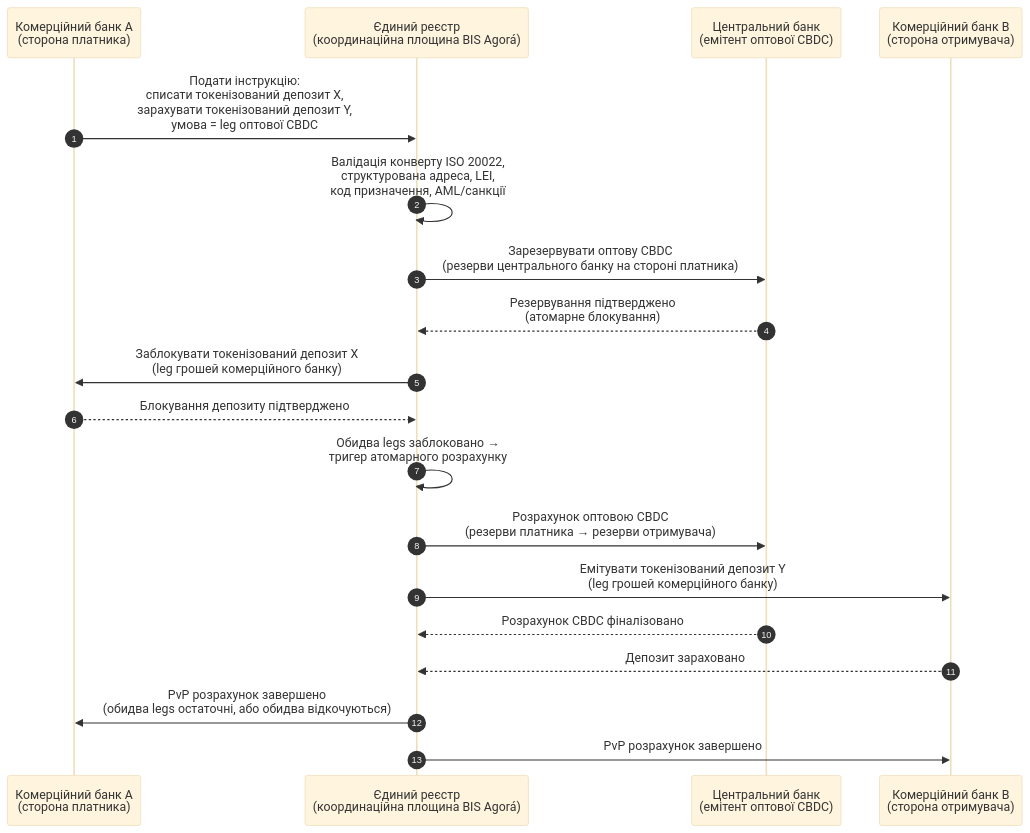
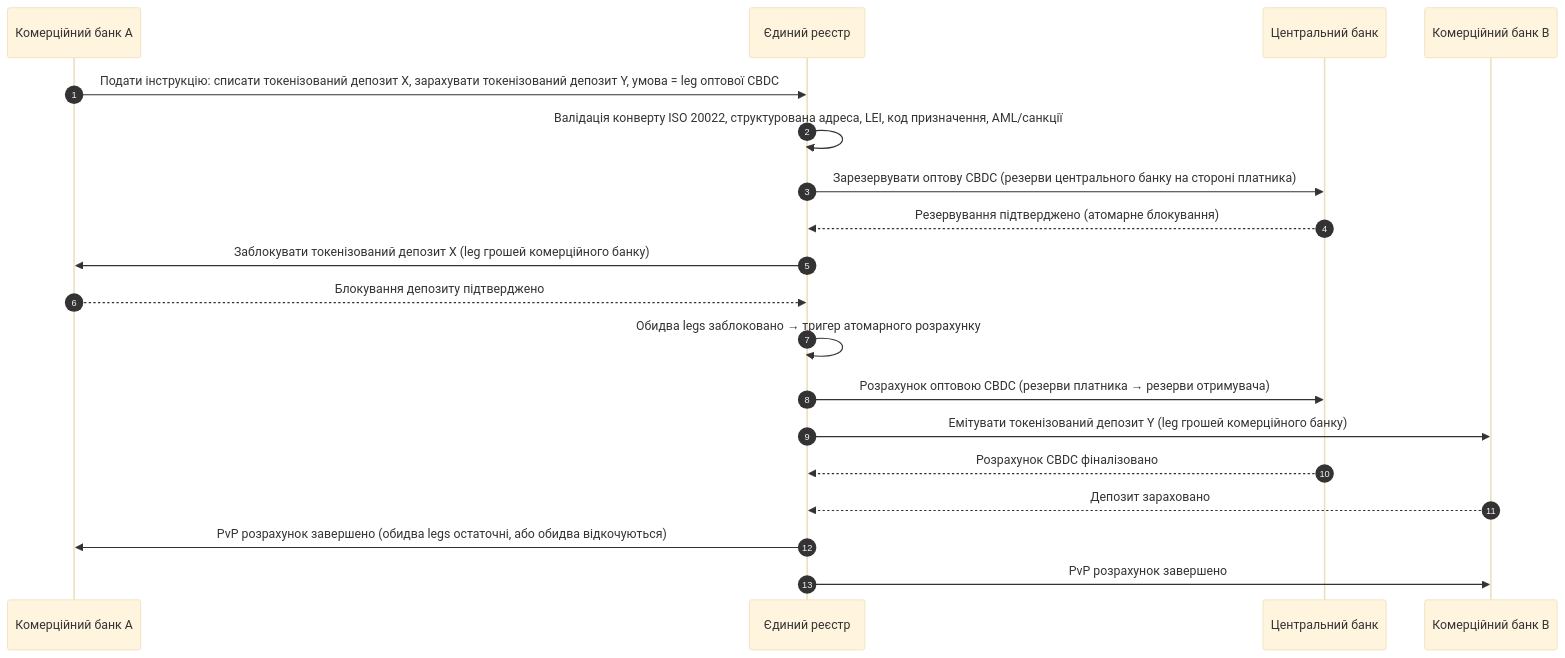
The diagram in _posts/uk/2026-06-06-wholesale-payments-index-iso20022-tokenised-deposits-cross-border-2026.md (sebastienrousseau/sebastienrousseau.github.io), drawn with Mermaid (base theme) before and after one commit. The commit also changed 2231 other files, not shown here.

First line of the commit message:
fix(mermaid): unblock Mermaid v10 rendering end-to-end (#198)

````diff
--- a/_posts/uk/2026-06-06-wholesale-payments-index-iso20022-tokenised-deposits-cross-border-2026.md
+++ b/_posts/uk/2026-06-06-wholesale-payments-index-iso20022-tokenised-deposits-cross-border-2026.md
@@ -170,22 +170,21 @@
 ```mermaid
 sequenceDiagram
     autonumber
-    participant CB_A as Комерційний банк A<br/>(сторона платника)
-    participant UL as Єдиний реєстр<br/>(координаційна площина BIS Agorá)
-    participant CBNK as Центральний банк<br/>(емітент оптової CBDC)
-    participant CB_B as Комерційний банк B<br/>(сторона отримувача)
-
-    CB_A->>UL: Подати інструкцію:<br/>списати токенізований депозит X,<br/>зарахувати токенізований депозит Y,<br/>умова = leg оптової CBDC
-    UL->>UL: Валідація конверту ISO 20022,<br/>структурована адреса, LEI,<br/>код призначення, AML/санкції
-    UL->>CBNK: Зарезервувати оптову CBDC<br/>(резерви центрального банку на стороні платника)
-    CBNK-->>UL: Резервування підтверджено<br/>(атомарне блокування)
-    UL->>CB_A: Заблокувати токенізований депозит X<br/>(leg грошей комерційного банку)
+    participant CB_A as Комерційний банк A
+    participant UL as Єдиний реєстр
+    participant CBNK as Центральний банк
+    participant CB_B as Комерційний банк B
+    CB_A->>UL: Подати інструкцію: списати токенізований депозит X, зарахувати токенізований депозит Y, умова = leg оптової CBDC
+    UL->>UL: Валідація конверту ISO 20022, структурована адреса, LEI, код призначення, AML/санкції
+    UL->>CBNK: Зарезервувати оптову CBDC (резерви центрального банку на стороні платника)
+    CBNK-->>UL: Резервування підтверджено (атомарне блокування)
+    UL->>CB_A: Заблокувати токенізований депозит X (leg грошей комерційного банку)
     CB_A-->>UL: Блокування депозиту підтверджено
-    UL->>UL: Обидва legs заблоковано →<br/>тригер атомарного розрахунку
-    UL->>CBNK: Розрахунок оптовою CBDC<br/>(резерви платника → резерви отримувача)
-    UL->>CB_B: Емітувати токенізований депозит Y<br/>(leg грошей комерційного банку)
+    UL->>UL: Обидва legs заблоковано → тригер атомарного розрахунку
+    UL->>CBNK: Розрахунок оптовою CBDC (резерви платника → резерви отримувача)
+    UL->>CB_B: Емітувати токенізований депозит Y (leg грошей комерційного банку)
     CBNK-->>UL: Розрахунок CBDC фіналізовано
     CB_B-->>UL: Депозит зараховано
-    UL->>CB_A: PvP розрахунок завершено<br/>(обидва legs остаточні, або обидва відкочуються)
+    UL->>CB_A: PvP розрахунок завершено (обидва legs остаточні, або обидва відкочуються)
     UL->>CB_B: PvP розрахунок завершено
 ```
````
